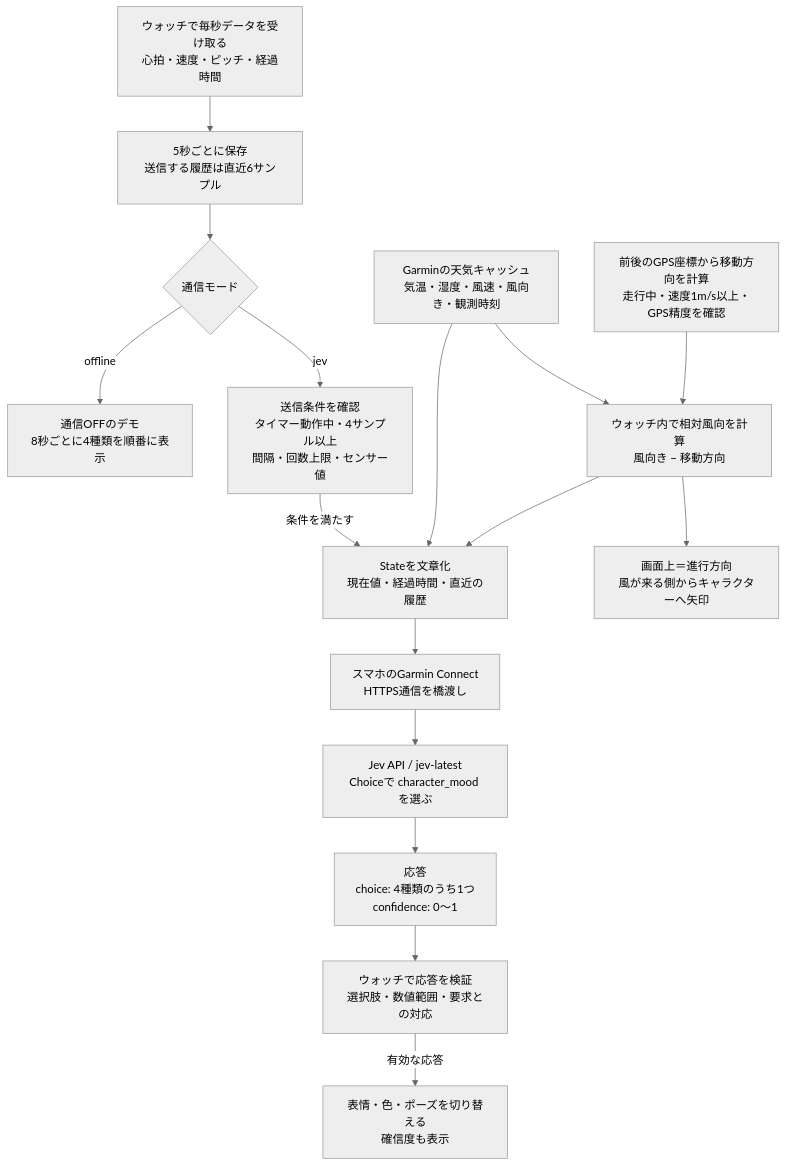
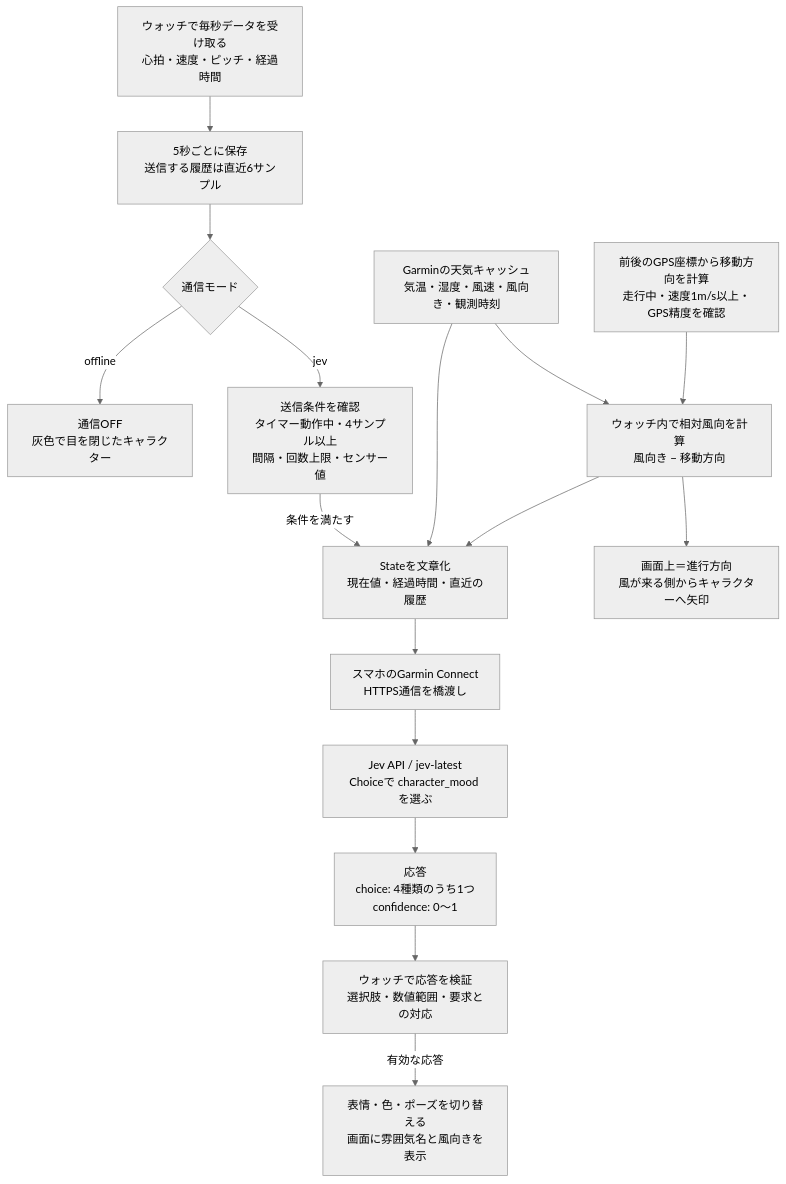
One commit to kuromoka/garmin-fuel-guide changed the diagram in docs/how-jev-works.md. Above: the diagram before and after it, drawn with Mermaid (neutral theme). The commit also changed other lines of this file and 7 other files, not shown here.

````diff
--- a/docs/how-jev-works.md
+++ b/docs/how-jev-works.md
@@ -7,27 +7,27 @@
 ```mermaid
 flowchart TD
     A["ウォッチで毎秒データを受け取る<br/>心拍・速度・ピッチ・経過時間"]
     B["5秒ごとに保存<br/>送信する履歴は直近6サンプル"]
     M{"通信モード"}
-    D["通信OFFのデモ<br/>8秒ごとに4種類を順番に表示"]
+    D["通信OFF<br/>灰色で目を閉じたキャラクター"]
     G["送信条件を確認<br/>タイマー動作中・4サンプル以上<br/>間隔・回数上限・センサー値"]
     S["Stateを文章化<br/>現在値・経過時間・直近の履歴"]
     P["スマホのGarmin Connect<br/>HTTPS通信を橋渡し"]
     J["Jev API / jev-latest<br/>Choiceで character_mood を選ぶ"]
     R["応答<br/>choice: 4種類のうち1つ<br/>confidence: 0〜1"]
     V["ウォッチで応答を検証<br/>選択肢・数値範囲・要求との対応"]
-    C["表情・色・ポーズを切り替える<br/>確信度も表示"]
+    C["表情・色・ポーズを切り替える<br/>画面に雰囲気名と風向きを表示"]
     W["Garminの天気キャッシュ<br/>気温・湿度・風速・風向き・観測時刻"]
     H["前後のGPS座標から移動方向を計算<br/>走行中・速度1m/s以上・GPS精度を確認"]
     F["ウォッチ内で相対風向を計算<br/>風向き − 移動方向"]
     W --> S
     W --> F
     H --> F
     F --> S
     F --> WC["画面上＝進行方向<br/>風が来る側からキャラクターへ矢印"]
     A --> B --> M
     M -->|offline| D
     M -->|jev| G
     G -->|条件を満たす| S --> P --> J
     J --> R --> V -->|有効な応答| C
 ```
````
